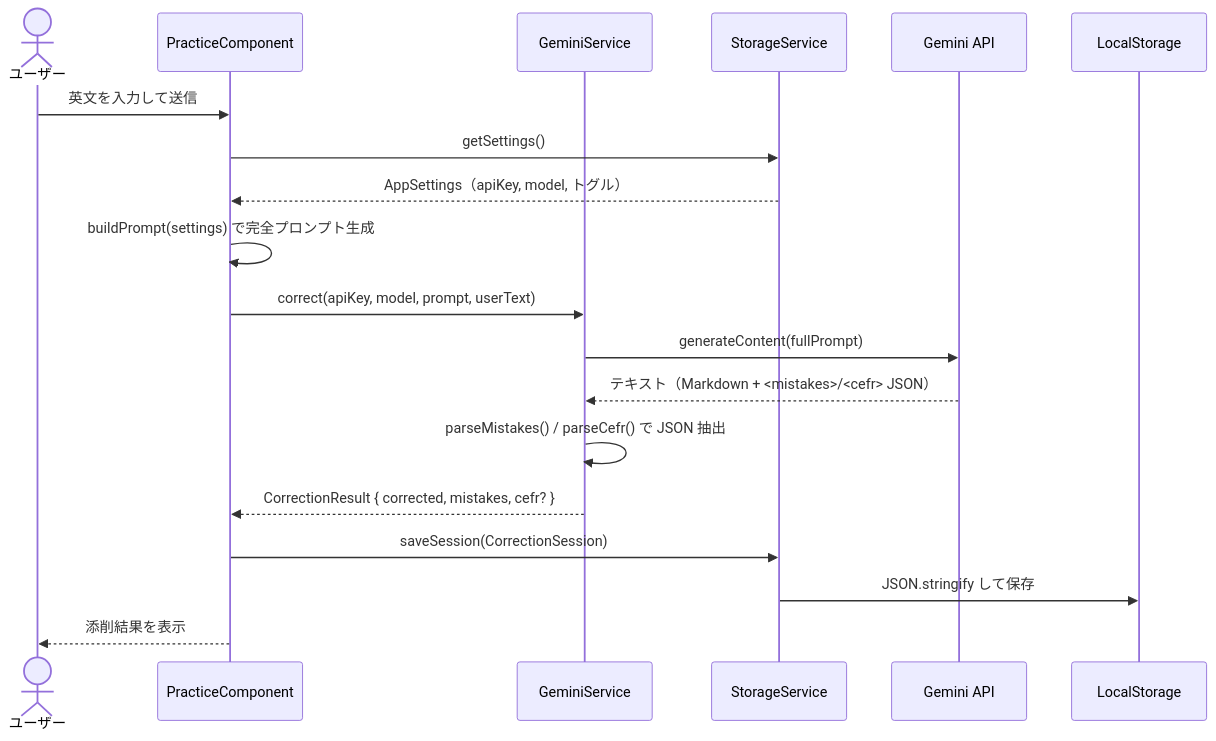
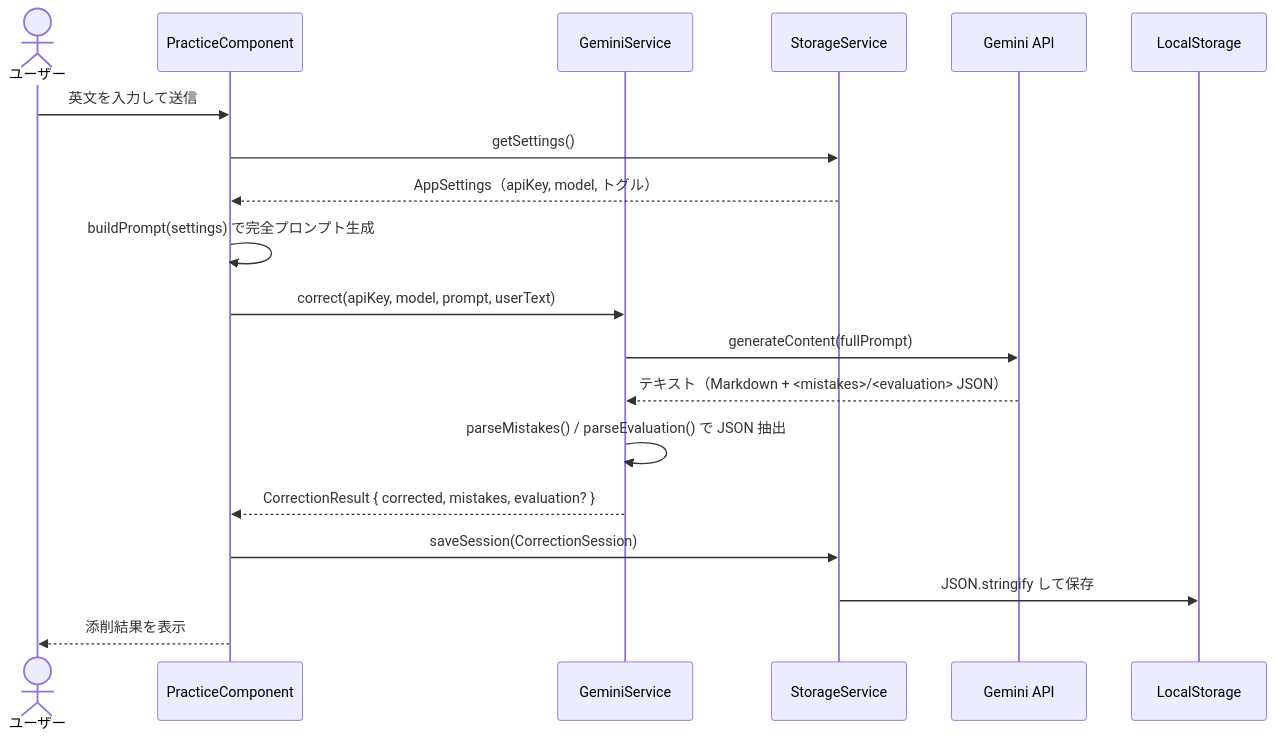
The second of 5 diagrams in ARCHITECTURE.md (rmatsuo-jp/study-english), drawn with Mermaid before and after one commit. The commit also changed other lines of this file and 12 other files, not shown here.

````diff
--- a/ARCHITECTURE.md
+++ b/ARCHITECTURE.md
@@ -54,22 +54,22 @@
 ```mermaid
 sequenceDiagram
     actor User as ユーザー
     participant P as PracticeComponent
     participant G as GeminiService
     participant S as StorageService
     participant API as Gemini API
     participant LS as LocalStorage
 
     User->>P: 英文を入力して送信
     P->>S: getSettings()
     S-->>P: AppSettings（apiKey, model, トグル）
     P->>P: buildPrompt(settings) で完全プロンプト生成
     P->>G: correct(apiKey, model, prompt, userText)
     G->>API: generateContent(fullPrompt)
-    API-->>G: テキスト（Markdown + <mistakes>/<cefr> JSON）
-    G->>G: parseMistakes() / parseCefr() で JSON 抽出
-    G-->>P: CorrectionResult { corrected, mistakes, cefr? }
+    API-->>G: テキスト（Markdown + <mistakes>/<evaluation> JSON）
+    G->>G: parseMistakes() / parseEvaluation() で JSON 抽出
+    G-->>P: CorrectionResult { corrected, mistakes, evaluation? }
     P->>S: saveSession(CorrectionSession)
     S->>LS: JSON.stringify して保存
     P-->>User: 添削結果を表示
 ```
````
